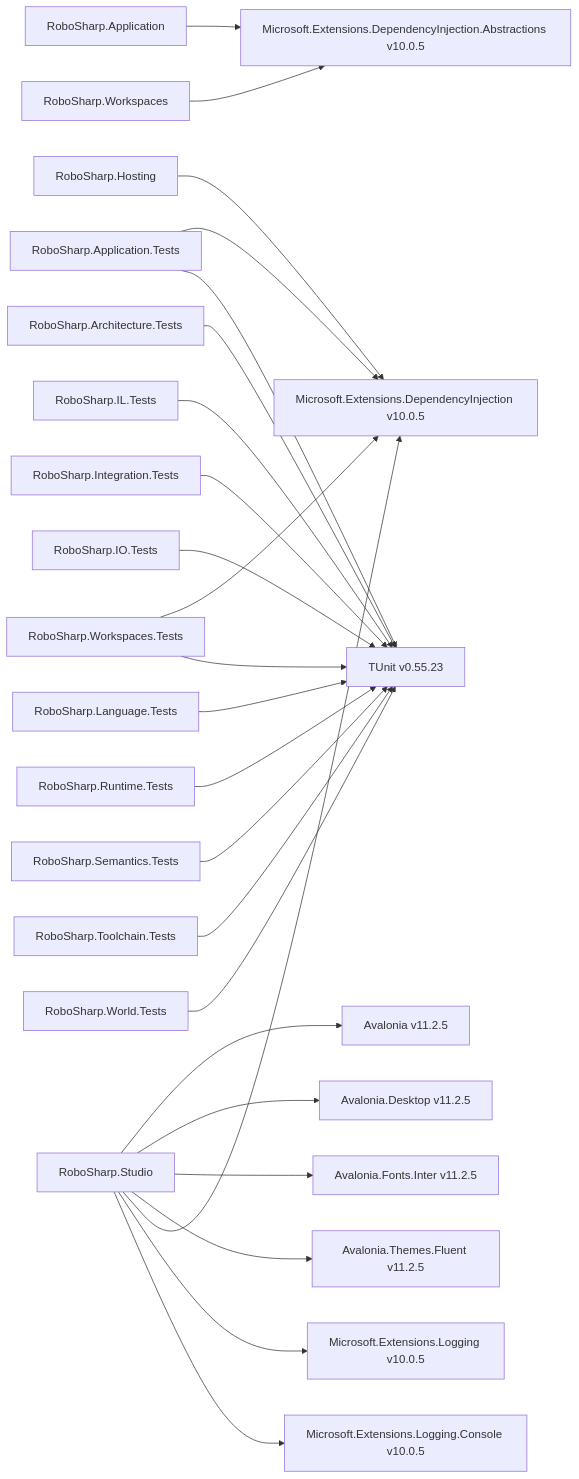
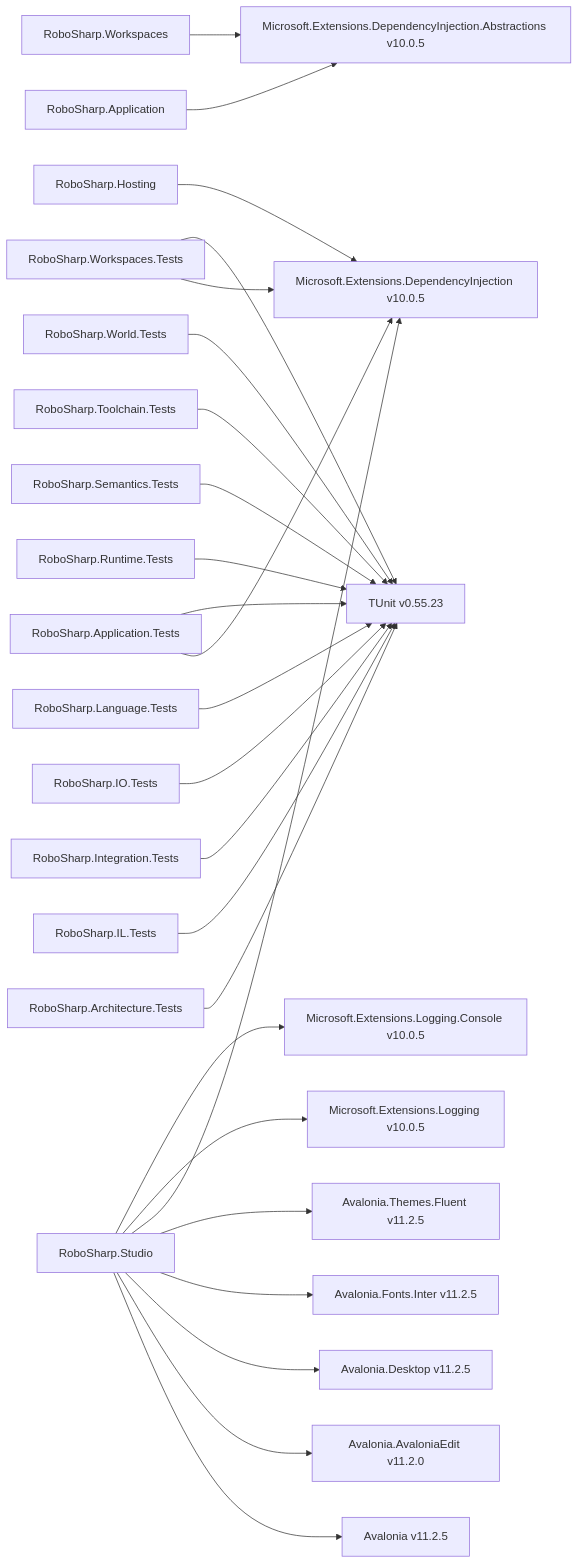
The diagram in docs/diagrams/nuget-references.md (frankhaugen/RoboSharp), drawn with Mermaid before and after one commit. The commit also changed 3 other files, not shown here.

````diff
--- a/docs/diagrams/nuget-references.md
+++ b/docs/diagrams/nuget-references.md
@@ -7,26 +7,27 @@
 ```mermaid
 flowchart LR
   RoboSharp_Application["RoboSharp.Application"] --> pkg_Microsoft_Extensions_DependencyInjection_Abstractions["Microsoft.Extensions.DependencyInjection.Abstractions v10.0.5"]
   RoboSharp_Application_Tests["RoboSharp.Application.Tests"] --> pkg_Microsoft_Extensions_DependencyInjection["Microsoft.Extensions.DependencyInjection v10.0.5"]
   RoboSharp_Application_Tests["RoboSharp.Application.Tests"] --> pkg_TUnit["TUnit v0.55.23"]
   RoboSharp_Architecture_Tests["RoboSharp.Architecture.Tests"] --> pkg_TUnit["TUnit v0.55.23"]
   RoboSharp_Hosting["RoboSharp.Hosting"] --> pkg_Microsoft_Extensions_DependencyInjection["Microsoft.Extensions.DependencyInjection v10.0.5"]
   RoboSharp_IL_Tests["RoboSharp.IL.Tests"] --> pkg_TUnit["TUnit v0.55.23"]
   RoboSharp_Integration_Tests["RoboSharp.Integration.Tests"] --> pkg_TUnit["TUnit v0.55.23"]
   RoboSharp_IO_Tests["RoboSharp.IO.Tests"] --> pkg_TUnit["TUnit v0.55.23"]
   RoboSharp_Language_Tests["RoboSharp.Language.Tests"] --> pkg_TUnit["TUnit v0.55.23"]
   RoboSharp_Runtime_Tests["RoboSharp.Runtime.Tests"] --> pkg_TUnit["TUnit v0.55.23"]
   RoboSharp_Semantics_Tests["RoboSharp.Semantics.Tests"] --> pkg_TUnit["TUnit v0.55.23"]
   RoboSharp_Studio["RoboSharp.Studio"] --> pkg_Avalonia["Avalonia v11.2.5"]
+  RoboSharp_Studio["RoboSharp.Studio"] --> pkg_Avalonia_AvaloniaEdit["Avalonia.AvaloniaEdit v11.2.0"]
   RoboSharp_Studio["RoboSharp.Studio"] --> pkg_Avalonia_Desktop["Avalonia.Desktop v11.2.5"]
   RoboSharp_Studio["RoboSharp.Studio"] --> pkg_Avalonia_Fonts_Inter["Avalonia.Fonts.Inter v11.2.5"]
   RoboSharp_Studio["RoboSharp.Studio"] --> pkg_Avalonia_Themes_Fluent["Avalonia.Themes.Fluent v11.2.5"]
   RoboSharp_Studio["RoboSharp.Studio"] --> pkg_Microsoft_Extensions_DependencyInjection["Microsoft.Extensions.DependencyInjection v10.0.5"]
   RoboSharp_Studio["RoboSharp.Studio"] --> pkg_Microsoft_Extensions_Logging["Microsoft.Extensions.Logging v10.0.5"]
   RoboSharp_Studio["RoboSharp.Studio"] --> pkg_Microsoft_Extensions_Logging_Console["Microsoft.Extensions.Logging.Console v10.0.5"]
   RoboSharp_Toolchain_Tests["RoboSharp.Toolchain.Tests"] --> pkg_TUnit["TUnit v0.55.23"]
   RoboSharp_Workspaces["RoboSharp.Workspaces"] --> pkg_Microsoft_Extensions_DependencyInjection_Abstractions["Microsoft.Extensions.DependencyInjection.Abstractions v10.0.5"]
   RoboSharp_Workspaces_Tests["RoboSharp.Workspaces.Tests"] --> pkg_Microsoft_Extensions_DependencyInjection["Microsoft.Extensions.DependencyInjection v10.0.5"]
   RoboSharp_Workspaces_Tests["RoboSharp.Workspaces.Tests"] --> pkg_TUnit["TUnit v0.55.23"]
   RoboSharp_World_Tests["RoboSharp.World.Tests"] --> pkg_TUnit["TUnit v0.55.23"]
 ```
````
